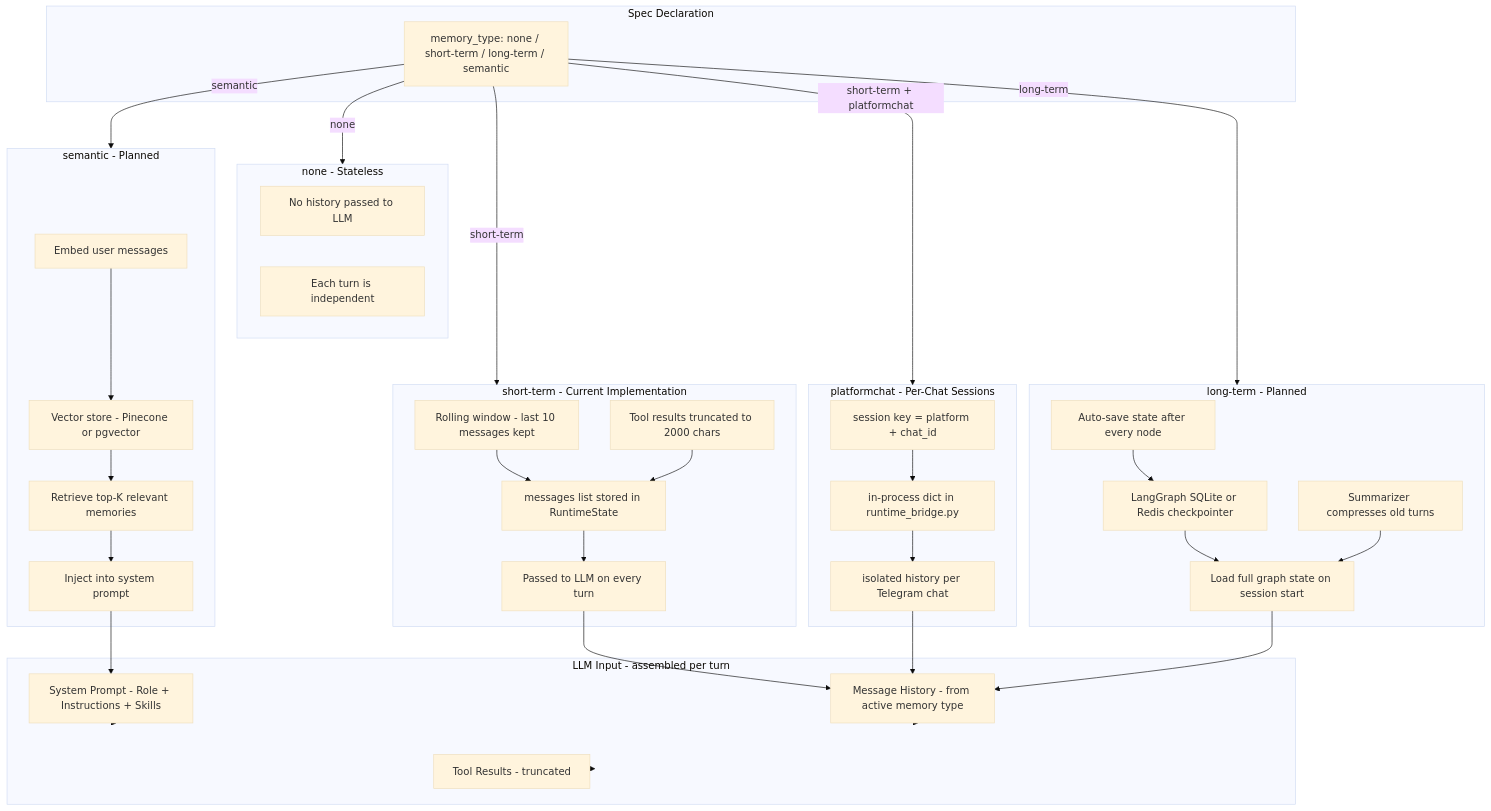
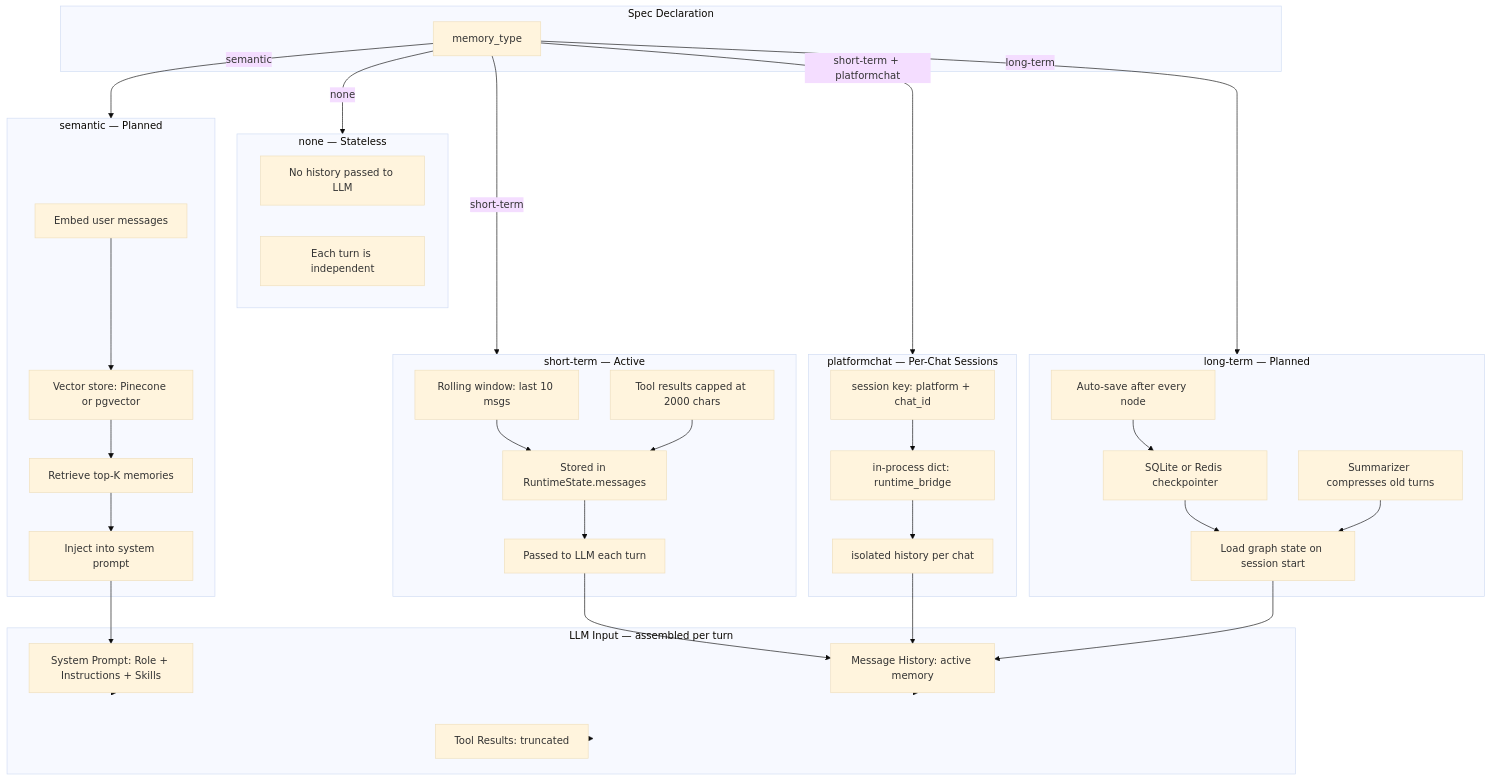
Before and after one commit to RukshanRanasinghe2000/AgentFactory-CLI: the seventh of 7 diagrams in af_application/docs/architecture.md, drawn with Mermaid (base theme).

Commit message:
fix(docs): update memory diagram

````diff
--- a/af_application/docs/architecture.md
+++ b/af_application/docs/architecture.md
@@ -207,70 +207,70 @@
 ```mermaid
 graph TD
     subgraph DECL["Spec Declaration"]
-        MT["memory_type: none / short-term / long-term / semantic"]
+        MT["memory_type"]
     end
 
-    subgraph NONE["none - Stateless"]
+    subgraph NONE["none — Stateless"]
         N1[No history passed to LLM]
         N2[Each turn is independent]
     end
 
-    subgraph ST["short-term - Current Implementation"]
-        S1[Rolling window - last 10 messages kept]
-        S2[Tool results truncated to 2000 chars]
-        S3[messages list stored in RuntimeState]
-        S4[Passed to LLM on every turn]
+    subgraph ST["short-term — Active"]
+        S1[Rolling window: last 10 msgs]
+        S2[Tool results capped at 2000 chars]
+        S3[Stored in RuntimeState.messages]
+        S4[Passed to LLM each turn]
         S1 --> S3
         S2 --> S3
         S3 --> S4
     end
 
-    subgraph PLAT["platformchat - Per-Chat Sessions"]
-        PC1[session key = platform + chat_id]
-        PC2[in-process dict in runtime_bridge.py]
-        PC3[isolated history per Telegram chat]
+    subgraph PLAT["platformchat — Per-Chat Sessions"]
+        PC1[session key: platform + chat_id]
+        PC2[in-process dict: runtime_bridge]
+        PC3[isolated history per chat]
         PC1 --> PC2
         PC2 --> PC3
     end
 
-    subgraph LT["long-term - Planned"]
-        L1[LangGraph SQLite or Redis checkpointer]
-        L2[Load full graph state on session start]
-        L3[Auto-save state after every node]
+    subgraph LT["long-term — Planned"]
+        L1[SQLite or Redis checkpointer]
+        L2[Load graph state on session start]
+        L3[Auto-save after every node]
         L4[Summarizer compresses old turns]
         L1 --> L2
         L3 --> L1
         L4 --> L2
     end
 
-    subgraph SEM["semantic - Planned"]
+    subgraph SEM["semantic — Planned"]
         V1[Embed user messages]
-        V2[Vector store - Pinecone or pgvector]
-        V3[Retrieve top-K relevant memories]
+        V2[Vector store: Pinecone or pgvector]
+        V3[Retrieve top-K memories]
         V4[Inject into system prompt]
         V1 --> V2
         V2 --> V3
         V3 --> V4
     end
 
-    subgraph LLM_IN["LLM Input - assembled per turn"]
-        P1[System Prompt - Role + Instructions + Skills]
-        P2[Message History - from active memory type]
-        P3[Tool Results - truncated]
+    subgraph LLM_IN["LLM Input — assembled per turn"]
+        P1[System Prompt: Role + Instructions + Skills]
+        P2[Message History: active memory]
+        P3[Tool Results: truncated]
     end
 
     MT -->|none| NONE
     MT -->|short-term| ST
     MT -->|short-term + platformchat| PLAT
     MT -->|long-term| LT
     MT -->|semantic| SEM
 
     S4 --> P2
     PC3 --> P2
     L2 --> P2
     V4 --> P1
 
     P1 --> LLM_IN
     P2 --> LLM_IN
     P3 --> LLM_IN
 ```
````
